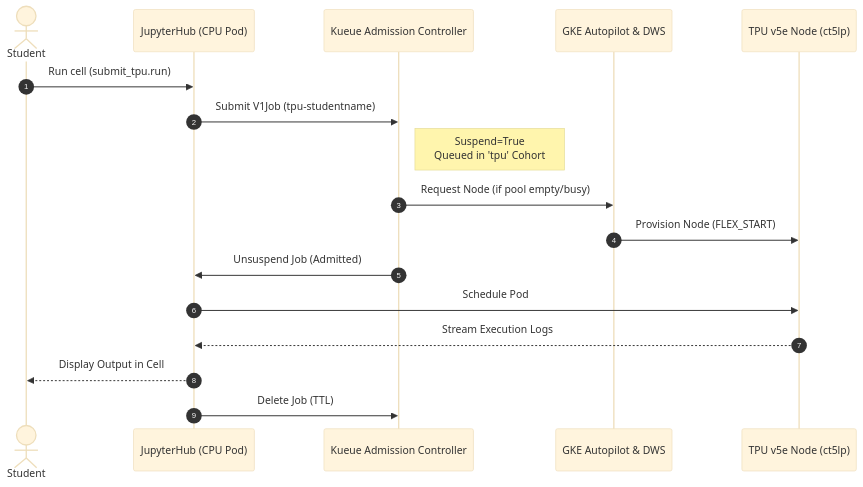
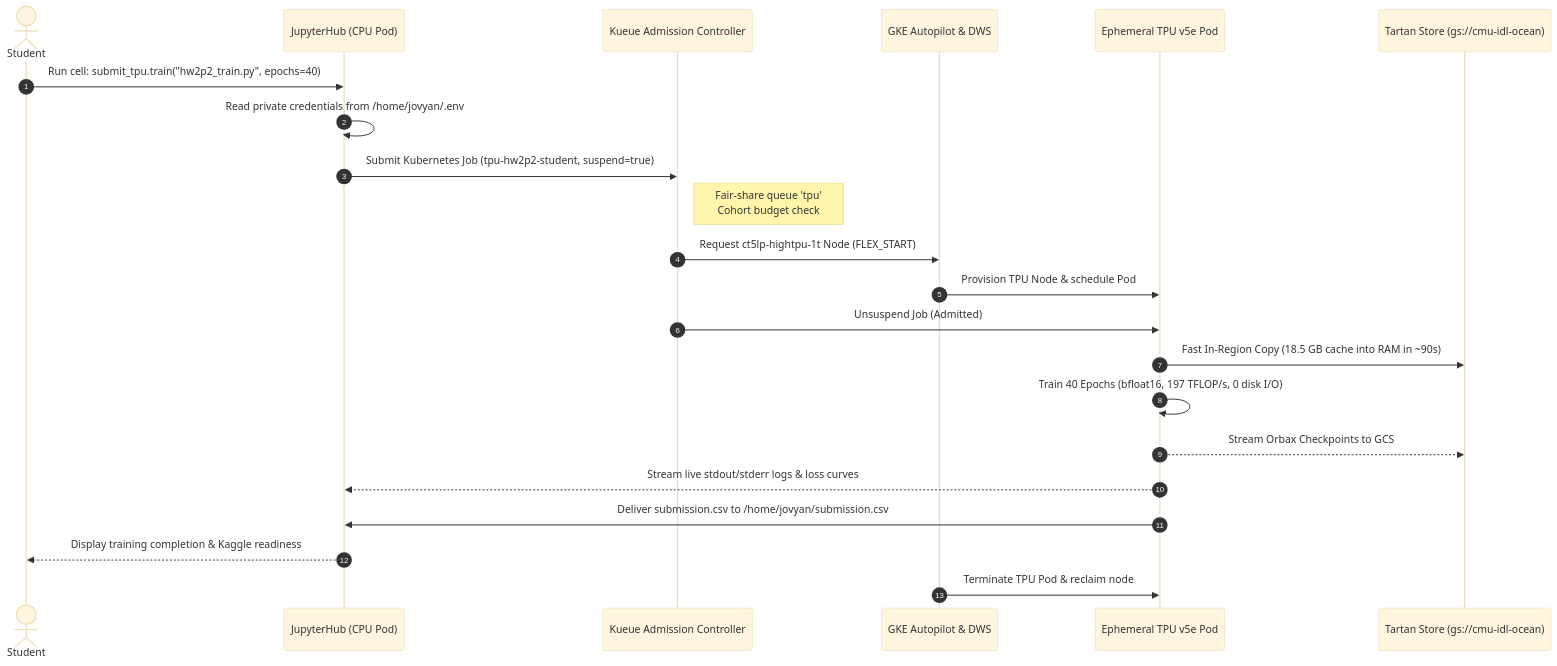
One commit to ayushmorbar/shared-tpu-notebooks changed the diagram in docs/architecture.md. Above: the diagram before and after it, drawn with Mermaid (base theme). The commit also changed other lines of this file and 7 other files, not shown here.

Commit message:
docs: synchronize Tartan architecture, operational runbooks, and HW2P2 notebook paths

````diff
--- a/docs/architecture.md
+++ b/docs/architecture.md
@@ -24,20 +73,25 @@
 ```mermaid
 sequenceDiagram
     autonumber
     actor Student
     participant Hub as JupyterHub (CPU Pod)
     participant Kueue as Kueue Admission Controller
     participant GKE as GKE Autopilot & DWS
-    participant TPU as TPU v5e Node (ct5lp)
+    participant TPU as Ephemeral TPU v5e Pod
+    participant Tartan as Tartan Store (gs://cmu-idl-ocean)
 
-    Student->>Hub: Run cell (submit_tpu.run)
-    Hub->>Kueue: Submit V1Job (tpu-studentname)
-    Note right of Kueue: Suspend=True<br/>Queued in 'tpu' Cohort
-    Kueue->>GKE: Request Node (if pool empty/busy)
-    GKE->>TPU: Provision Node (FLEX_START)
-    Kueue->>Hub: Unsuspend Job (Admitted)
-    Hub->>TPU: Schedule Pod
-    TPU-->>Hub: Stream Execution Logs
-    Hub-->>Student: Display Output in Cell
-    Hub->>Kueue: Delete Job (TTL)
+    Student->>Hub: Run cell: submit_tpu.train("hw2p2_train.py", epochs=40)
+    Hub->>Hub: Read private credentials from /home/jovyan/.env
+    Hub->>Kueue: Submit Kubernetes Job (tpu-hw2p2-student, suspend=true)
+    Note right of Kueue: Fair-share queue 'tpu'<br/>Cohort budget check
+    Kueue->>GKE: Request ct5lp-hightpu-1t Node (FLEX_START)
+    GKE->>TPU: Provision TPU Node & schedule Pod
+    Kueue->>TPU: Unsuspend Job (Admitted)
+    TPU->>Tartan: Fast In-Region Copy (18.5 GB cache into RAM in ~90s)
+    TPU->>TPU: Train 40 Epochs (bfloat16, 197 TFLOP/s, 0 disk I/O)
+    TPU-->>Tartan: Stream Orbax Checkpoints to GCS
+    TPU-->>Hub: Stream live stdout/stderr logs & loss curves
+    TPU->>Hub: Deliver submission.csv to /home/jovyan/submission.csv
+    Hub-->>Student: Display training completion & Kaggle readiness
+    GKE->>TPU: Terminate TPU Pod & reclaim node
 ```
````
